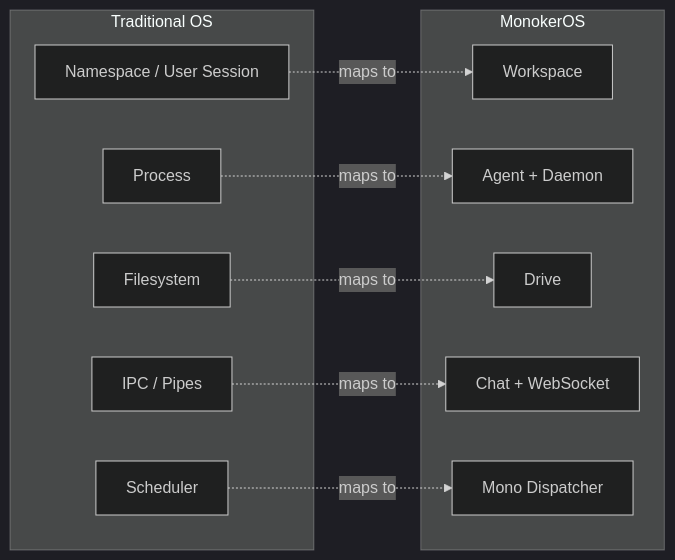
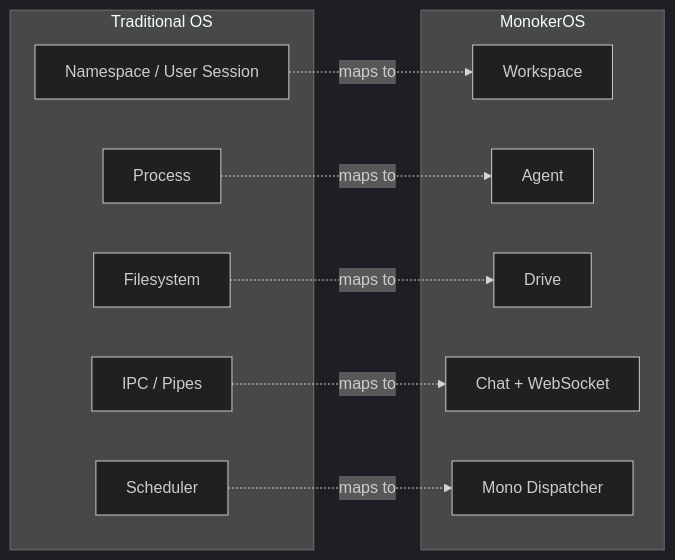
Before and after one commit to pde-rent/monokeros: the second of 3 diagrams in docs/index.md, drawn with Mermaid (dark theme). The commit also changed other lines of this file and 31 other files, not shown here.

````diff
--- a/docs/index.md
+++ b/docs/index.md
@@ -60,25 +60,25 @@
 ```mermaid
 graph LR
     subgraph OS["Traditional OS"]
         NS[Namespace / User Session]
         PROC[Process]
         FS[Filesystem]
         IPC[IPC / Pipes]
         SCHED[Scheduler]
     end
 
     subgraph MK["MonokerOS"]
         WS[Workspace]
-        AG[Agent + Daemon]
+        AG[Agent]
         DR[Drive]
         CH[Chat + WebSocket]
         MO[Mono Dispatcher]
     end
 
     NS -.->|maps to| WS
     PROC -.->|maps to| AG
     FS -.->|maps to| DR
     IPC -.->|maps to| CH
     SCHED -.->|maps to| MO
 
 ```
````
